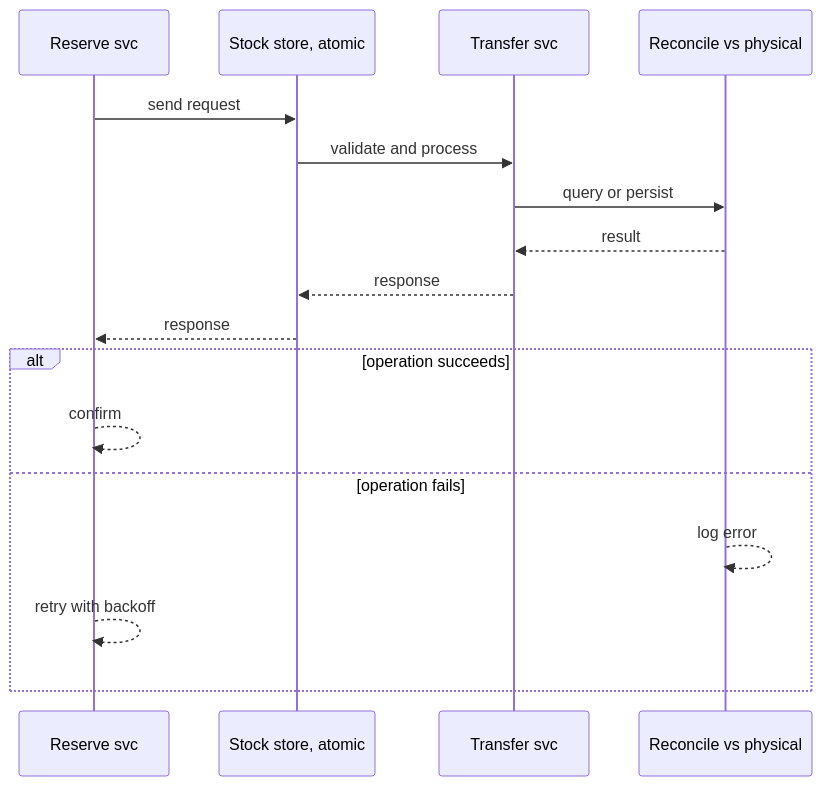
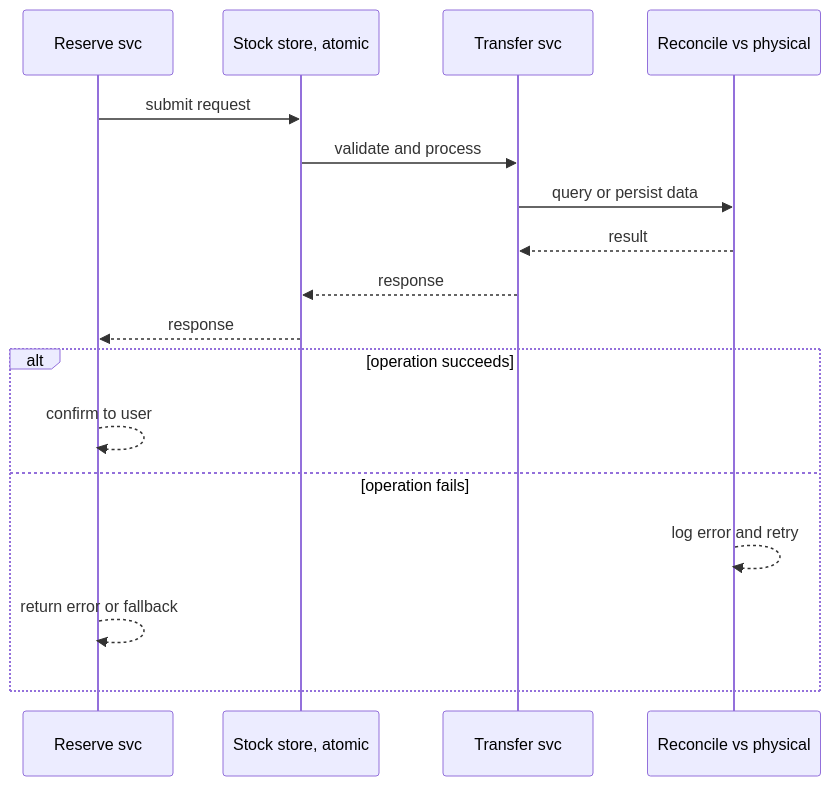
One commit to RIT-MESH/system-design-mastery changed the second of 4 diagrams in case-studies/advanced/inventory-management.md. Above: the diagram before and after it, drawn with Mermaid. The commit also changed other lines of this file and 127 other files, not shown here.

First line of the commit message:
Improve all case study diagrams: case-specific sequences, fix truncated labels

````diff
--- a/case-studies/advanced/inventory-management.md
+++ b/case-studies/advanced/inventory-management.md
@@ -76,20 +76,20 @@
 ```mermaid
 %% created-for: system-design-mastery
 sequenceDiagram
-  participant C0 as Reserve svc
-  participant C1 as Stock store, atomic
-  participant C2 as Transfer svc
-  participant C3 as Reconcile vs physical
-  C0 ->> C1: send request
-  C1 ->> C2: validate and process
-  C2 ->> C3: query or persist
-  C3 -->> C2: result
-  C2 -->> C1: response
-  C1 -->> C0: response
+  participant P0 as Reserve svc
+  participant P1 as Stock store, atomic
+  participant P2 as Transfer svc
+  participant P3 as Reconcile vs physical
+  P0 ->> P1: submit request
+  P1 ->> P2: validate and process
+  P2 ->> P3: query or persist data
+  P3 -->> P2: result
+  P2 -->> P1: response
+  P1 -->> P0: response
   alt operation succeeds
-    C0 -->> C0: confirm
+    P0 -->> P0: confirm to user
   else operation fails
-    C3 -->> C3: log error
-    C0 -->> C0: retry with backoff
+    P3 -->> P3: log error and retry
+    P0 -->> P0: return error or fallback
   end
 ```
````
